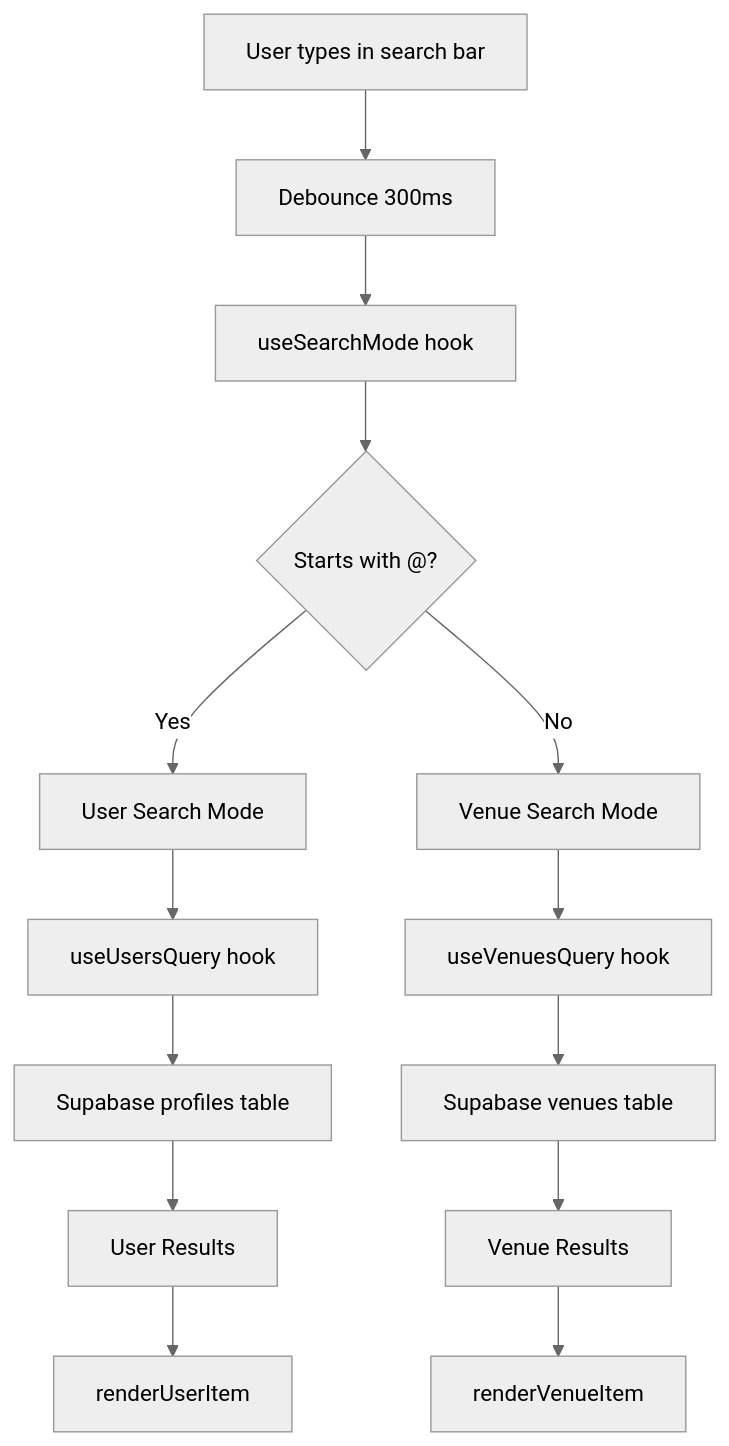
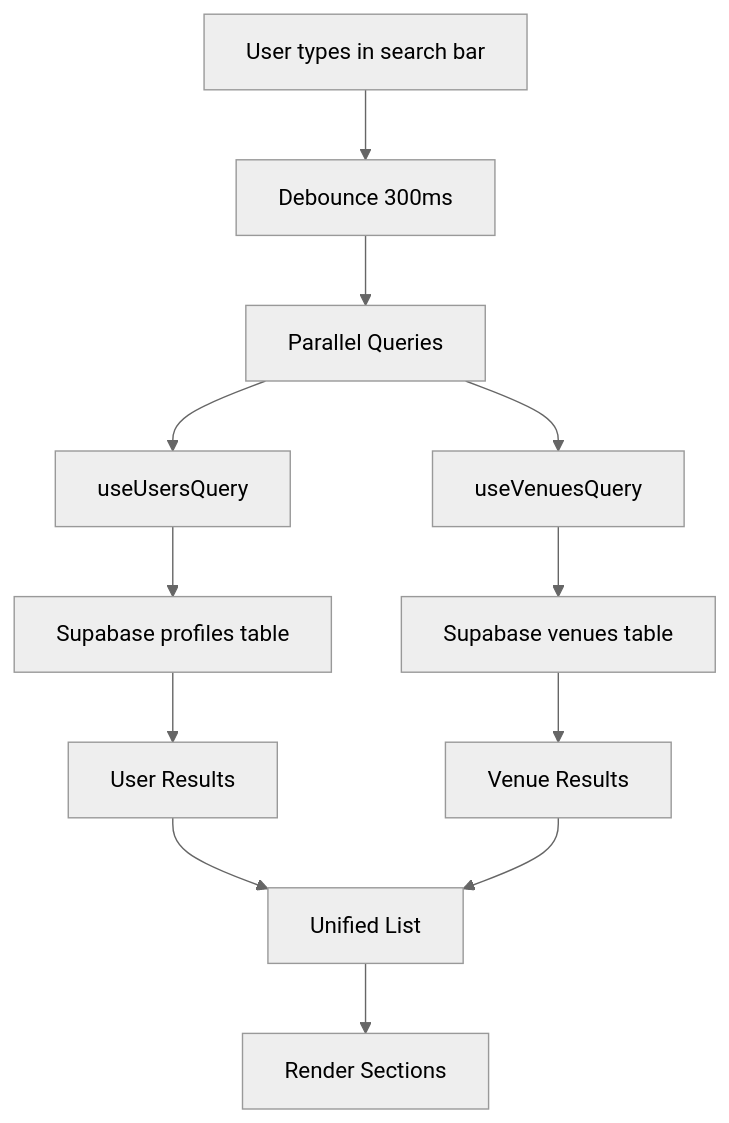
Before and after one commit to aaculp/alphaCharlie722: the diagram in docs/at-search-feature.md, drawn with Mermaid (neutral theme). The commit also changed other lines of this file and 7 other files, not shown here.

````diff
--- a/docs/at-search-feature.md
+++ b/docs/at-search-feature.md
@@ -166,16 +168,14 @@
 ```mermaid
 graph TD
     A[User types in search bar] --> B[Debounce 300ms]
-    B --> C[useSearchMode hook]
-    C --> D{Starts with @?}
-    D -->|Yes| E[User Search Mode]
-    D -->|No| F[Venue Search Mode]
-    E --> G[useUsersQuery hook]
-    F --> H[useVenuesQuery hook]
-    G --> I[Supabase profiles table]
-    H --> J[Supabase venues table]
-    I --> K[User Results]
-    J --> L[Venue Results]
-    K --> M[renderUserItem]
-    L --> N[renderVenueItem]
+    B --> C[Parallel Queries]
+    C --> D[useUsersQuery]
+    C --> E[useVenuesQuery]
+    D --> F[Supabase profiles table]
+    E --> G[Supabase venues table]
+    F --> H[User Results]
+    G --> I[Venue Results]
+    H --> J[Unified List]
+    I --> J
+    J --> K[Render Sections]
 ```
````
